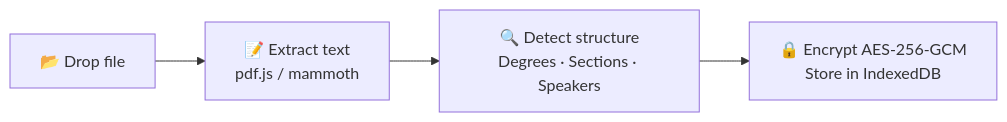
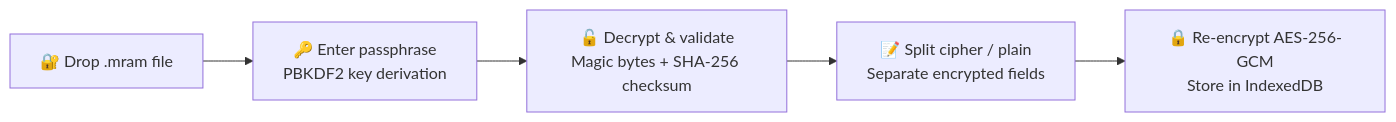
One commit to mcleods777/Masonic-Ritual-AI-Mentor changed the third of 9 diagrams in README.md. Above: the diagram before and after it, drawn with Mermaid. The commit also changed other lines of this file and 4 other files, not shown here.

First line of the commit message:
Update docs for .mram format, fix cipher text display in Listen/Rehearsal modes

````diff
--- a/README.md
+++ b/README.md
@@ -48,6 +102,7 @@
 ```mermaid
 flowchart LR
-    A["📂 Drop file"] --> B["📝 Extract text\npdf.js / mammoth"]
-    B --> C["🔍 Detect structure\nDegrees · Sections · Speakers"]
-    C --> D["🔒 Encrypt AES-256-GCM\nStore in IndexedDB"]
+    A["🔐 Drop .mram file"] --> B["🔑 Enter passphrase\nPBKDF2 key derivation"]
+    B --> C["🔓 Decrypt & validate\nMagic bytes + SHA-256 checksum"]
+    C --> D["📝 Split cipher / plain\nSeparate encrypted fields"]
+    D --> E["🔒 Re-encrypt AES-256-GCM\nStore in IndexedDB"]
 ```
````
